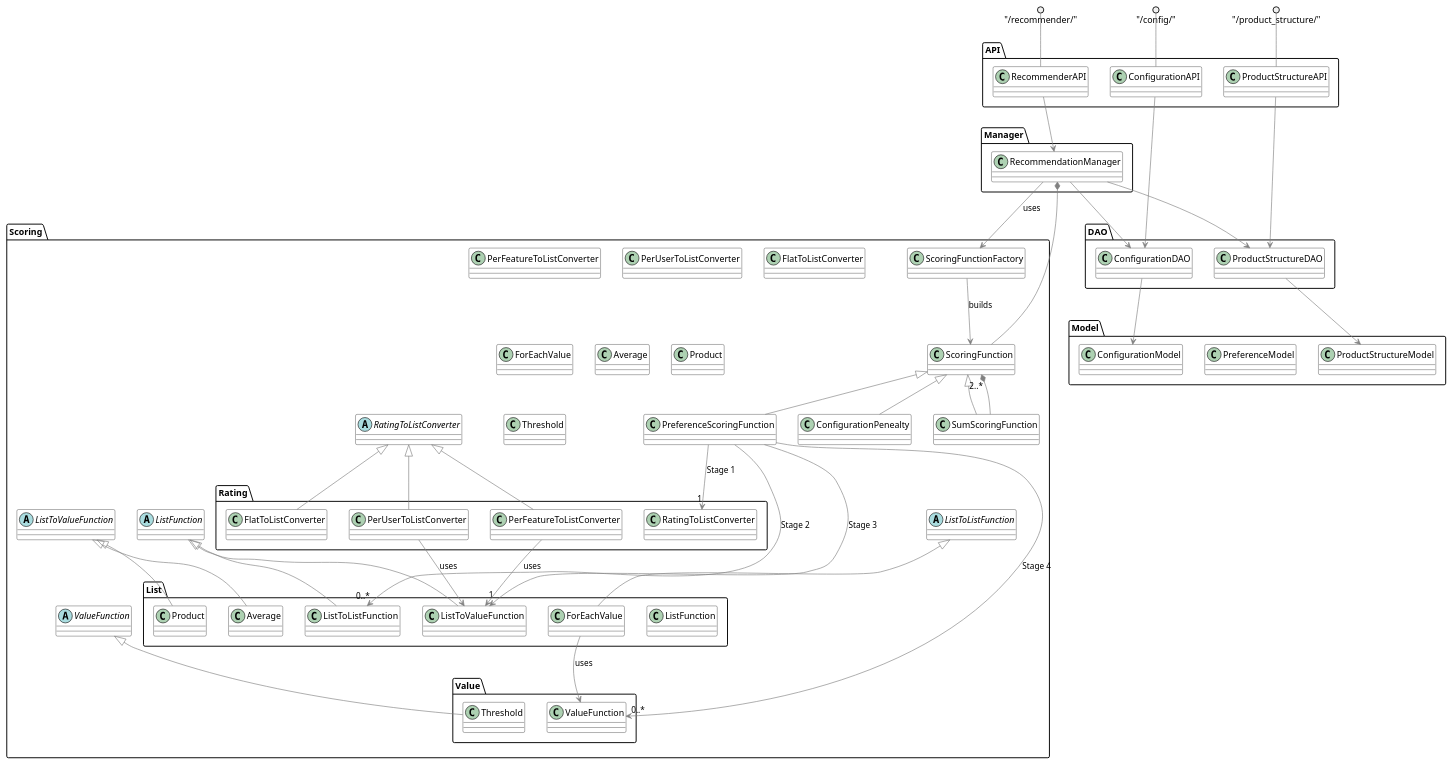
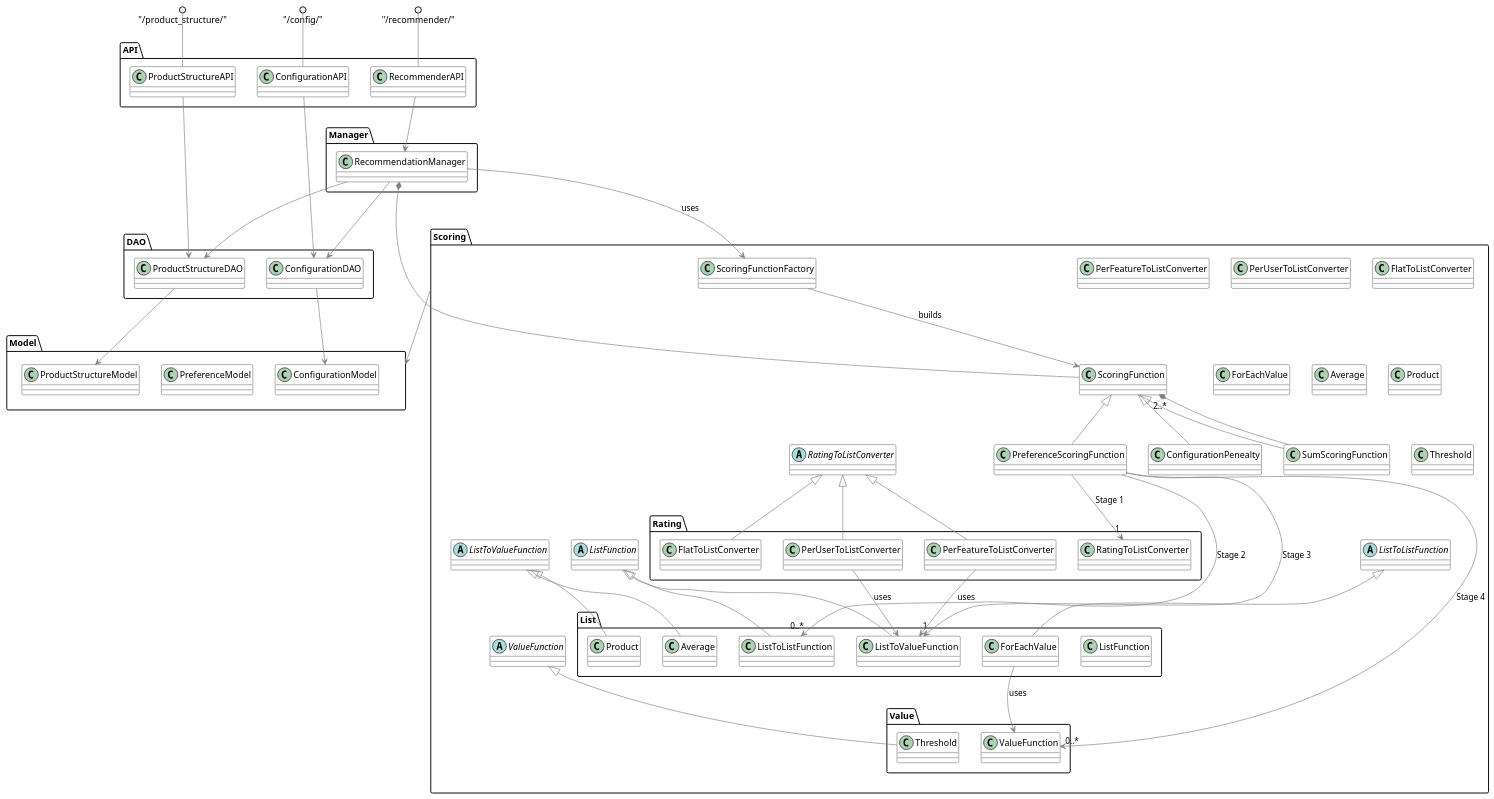
Before and after one commit to 13hannes11/bachelor_thesis: the diagram in Additional_Notes/class_diagram.plantuml, drawn with PlantUML.

Commit message:
add connection from scoring to model

```diff
--- a/Additional_Notes/class_diagram.plantuml
+++ b/Additional_Notes/class_diagram.plantuml
@@ -1,158 +1,159 @@
 @startuml
 
 skinparam class {
 	BackgroundColor White
 	ArrowColor Grey
 	BorderColor Black
 }
 skinparam shadowing false
 
 package API {
     class ConfigurationAPI
     class RecommenderAPI
     class ProductStructureAPI
 }
 "/config/" ()-- ConfigurationAPI
 "/recommender/" ()-- RecommenderAPI
 "/product_structure/" ()-- ProductStructureAPI
 
 package Manager {
     class RecommendationManager
 }
 
 package Model{
     class ConfigurationModel
     class PreferenceModel
     class ProductStructureModel
 }
 
 package DAO {
     class ConfigurationDAO
     class ProductStructureDAO
 }
 
 package Scoring {  
     
     
 
     package List {
         class ListFunction
         class ListToListFunction
         class ListToValueFunction
         class Average
         class Product
         class ForEachValue
     }
 
     package Value {
         class ValueFunction
         class Threshold
     }
 
     package Rating {
         class RatingToListConverter
         class FlatToListConverter
         class PerUserToListConverter
         class PerFeatureToListConverter
     }
 
     class ScoringFunctionFactory{
 
     }
     ScoringFunctionFactory --> ScoringFunction : builds
 
 
     PreferenceScoringFunction --> "1" RatingToListConverter : Stage 1
     PreferenceScoringFunction --> "0..*" ListToListFunction : Stage 2
     PreferenceScoringFunction --> "1" ListToValueFunction : Stage 3
     PreferenceScoringFunction --> "0..*" ValueFunction : Stage 4
 
     ScoringFunction <|-- PreferenceScoringFunction
     class PreferenceScoringFunction{
 
     }
     ScoringFunction <|-- ConfigurationPenealty
     class ConfigurationPenealty{
 
     }
     ScoringFunction <|-- SumScoringFunction
     SumScoringFunction --* "2..*" ScoringFunction
     class SumScoringFunction{
 
     }
 
     abstract class RatingToListConverter {
 
     }
 
     RatingToListConverter <|-- PerFeatureToListConverter
     PerFeatureToListConverter --> ListToValueFunction :uses
     class PerFeatureToListConverter {
 
     }
     RatingToListConverter <|-- PerUserToListConverter
     PerUserToListConverter --> ListToValueFunction :uses
     class PerUserToListConverter {
 
     }
     RatingToListConverter <|-- FlatToListConverter
     class FlatToListConverter {
 
     }
  
     abstract class ListFunction {
 
     }
 
     ListFunction <|-- ListToListFunction
     abstract class ListToListFunction {
 
     }
 
     ListToListFunction <|-- ForEachValue
     ForEachValue --> ValueFunction:uses
     class ForEachValue {
 
     }
 
 
     ListFunction <|-- ListToValueFunction
     abstract class ListToValueFunction {
         
     }
 
     ListToValueFunction <|-- Average
     class Average {
         
     }
     ListToValueFunction <|-- Product
     class Product {
 
     }
 
     abstract class ValueFunction{
 
     }
 
     ValueFunction <|-- Threshold
     class Threshold {
         
     }
 }
 
 RecommendationManager *-- ScoringFunction
 
 ConfigurationAPI --> ConfigurationDAO
 ProductStructureAPI --> ProductStructureDAO
 RecommenderAPI --> RecommendationManager
 
 RecommendationManager --> ProductStructureDAO
 RecommendationManager --> ConfigurationDAO
 RecommendationManager --> ScoringFunctionFactory :uses
 
 
 ConfigurationDAO --> ConfigurationModel
 ProductStructureDAO --> ProductStructureModel
 
+Scoring --> Model
 
 @enduml
```
